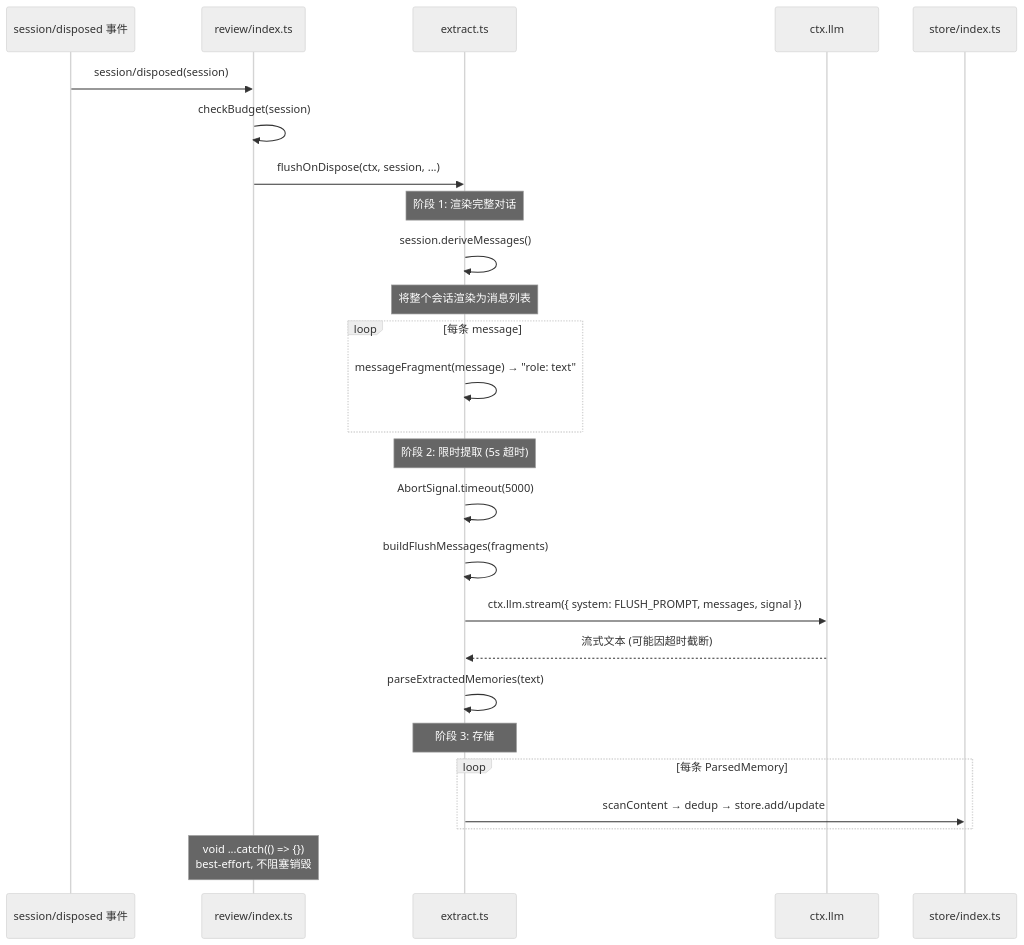
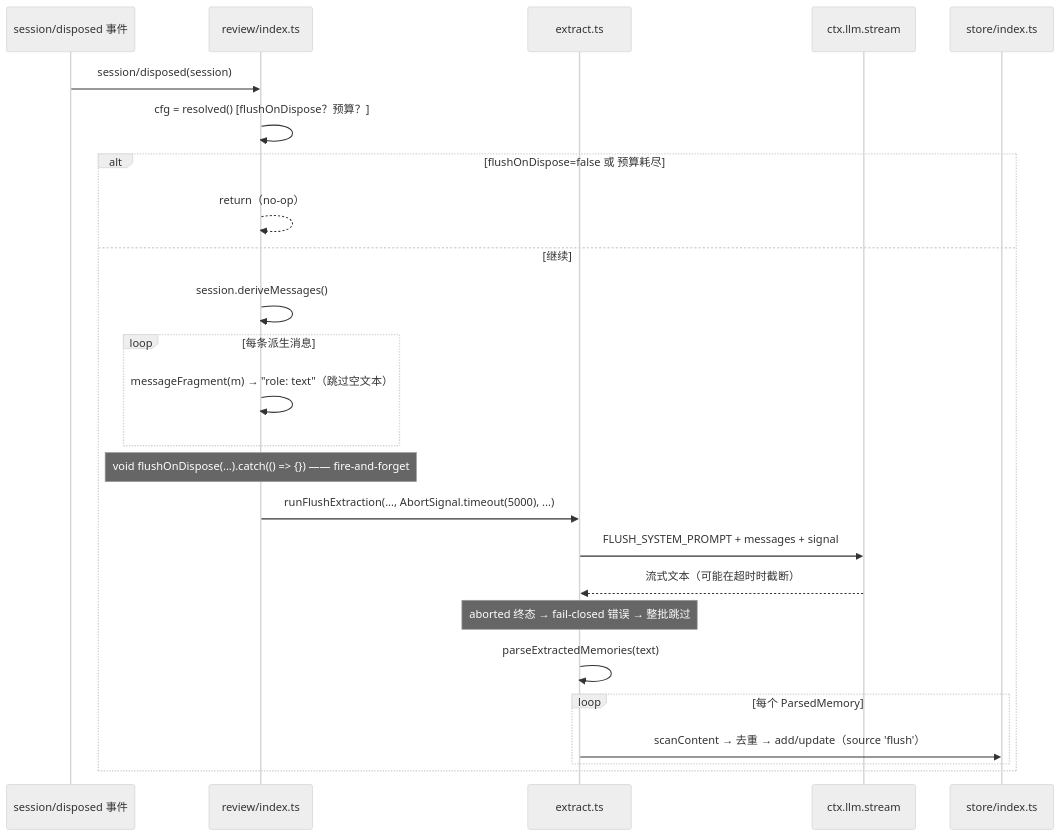
Before and after one commit to chenhw7/dsh-memory: the sixth of 14 diagrams in docs/SEQUENCE_DIAGRAMS.zh-CN.md, drawn with Mermaid (neutral theme). The commit also changed other lines of this file and 5 other files, not shown here.

First line of the commit message:
docs: sync README / TECH_DESIGN / SEQUENCE_DIAGRAMS with the v0.3.0 implementation

````diff
--- a/docs/SEQUENCE_DIAGRAMS.zh-CN.md
+++ b/docs/SEQUENCE_DIAGRAMS.zh-CN.md
@@ -278,37 +286,30 @@
 ```mermaid
 sequenceDiagram
     participant SE as session/disposed 事件
     participant Review as review/index.ts
     participant Ext as extract.ts
-    participant LLM as ctx.llm
+    participant LLM as ctx.llm.stream
     participant Store as store/index.ts
 
     SE->>Review: session/disposed(session)
-    Review->>Review: checkBudget(session)
-    Review->>Ext: flushOnDispose(ctx, session, ...)
+    Review->>Review: cfg = resolved() [flushOnDispose？预算？]
+    alt flushOnDispose=false 或 预算耗尽
+        Review-->>Review: return（no-op）
+    else 继续
+        Review->>Review: session.deriveMessages()
+        loop 每条派生消息
+            Review->>Review: messageFragment(m) → "role: text"（跳过空文本）
+        end
+        Note over Review: void flushOnDispose(...).catch(() => {}) —— fire-and-forget
 
-    Note over Ext: 阶段 1: 渲染完整对话
+        Review->>Ext: runFlushExtraction(..., AbortSignal.timeout(5000), ...)
+        Ext->>LLM: FLUSH_SYSTEM_PROMPT + messages + signal
+        LLM-->>Ext: 流式文本（可能在超时时截断）
+        Note over Ext: aborted 终态 → fail-closed 错误 → 整批跳过
+        Ext->>Ext: parseExtractedMemories(text)
 
-    Ext->>Ext: session.deriveMessages()
-    Note over Ext: 将整个会话渲染为消息列表
-
-    loop 每条 message
-        Ext->>Ext: messageFragment(message) → "role: text"
+        loop 每个 ParsedMemory
+            Ext->>Store: scanContent → 去重 → add/update（source 'flush'）
+        end
     end
-
-    Note over Ext: 阶段 2: 限时提取 (5s 超时)
-
-    Ext->>Ext: AbortSignal.timeout(5000)
-    Ext->>Ext: buildFlushMessages(fragments)
-    Ext->>LLM: ctx.llm.stream({ system: FLUSH_PROMPT, messages, signal })
-    LLM-->>Ext: 流式文本 (可能因超时截断)
-    Ext->>Ext: parseExtractedMemories(text)
-
-    Note over Ext: 阶段 3: 存储
-
-    loop 每条 ParsedMemory
-        Ext->>Store: scanContent → dedup → store.add/update
-    end
-
-    Note over Review: void ...catch(() => {})<br/>best-effort, 不阻塞销毁
 ```
````
